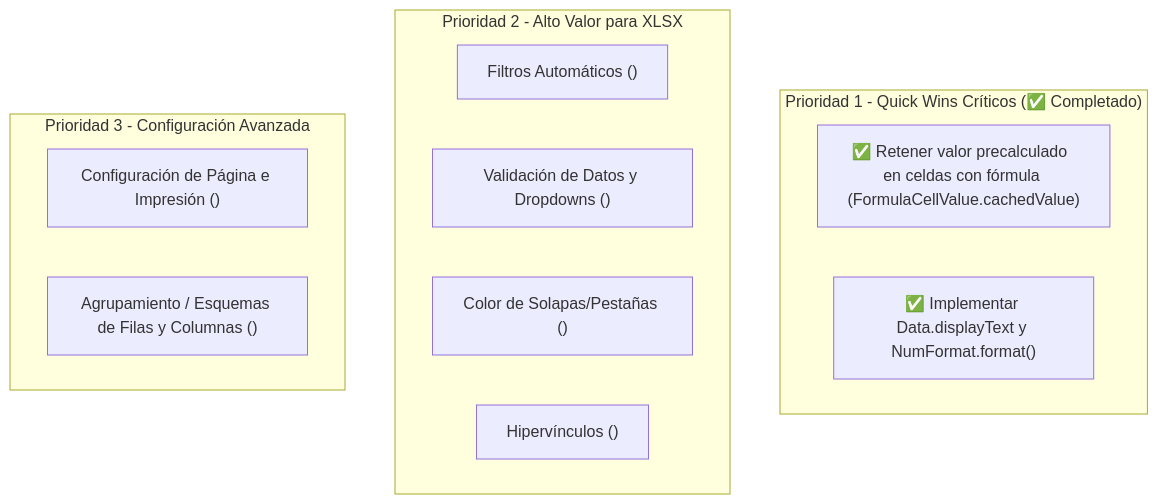
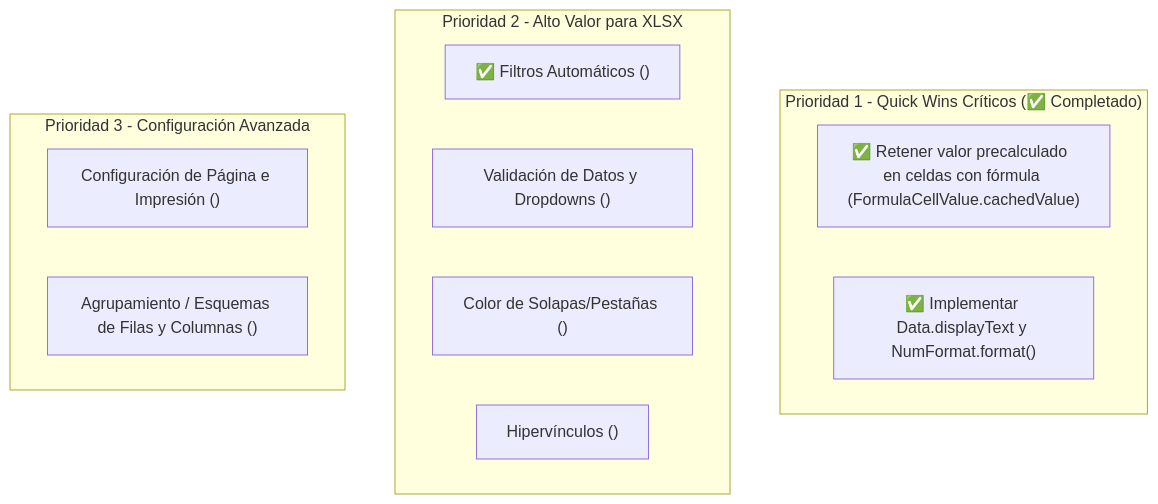
Before and after one commit to DecksPlayer/excel_community: the third of 3 diagrams in COMPARISON_EXCEL_COMMUNITY_VS_EXCEL_PLUS.md, drawn with Mermaid. The commit also changed other lines of this file and 20 other files, not shown here.

Commit message:
feat: add auto-filter support, core library exports, and an interactive Flutter example app

````diff
--- a/COMPARISON_EXCEL_COMMUNITY_VS_EXCEL_PLUS.md
+++ b/COMPARISON_EXCEL_COMMUNITY_VS_EXCEL_PLUS.md
@@ -317,17 +317,17 @@
 ```mermaid
 graph TD
     subgraph "Prioridad 1 - Quick Wins Críticos (✅ Completado)"
         P1A["✅ Retener valor precalculado <v> en celdas con fórmula (FormulaCellValue.cachedValue)"]
         P1B["✅ Implementar Data.displayText y NumFormat.format()"]
     end
     subgraph "Prioridad 2 - Alto Valor para XLSX"
-        P2A["Filtros Automáticos (<autoFilter>)"]
+        P2A["✅ Filtros Automáticos (<autoFilter>)"]
         P2B["Validación de Datos y Dropdowns (<dataValidation>)"]
         P2C["Color de Solapas/Pestañas (<tabColor>)"]
         P2D["Hipervínculos (<hyperlinks>)"]
     end
     subgraph "Prioridad 3 - Configuración Avanzada"
         P3A["Configuración de Página e Impresión (<pageSetup>)"]
         P3B["Agrupamiento / Esquemas de Filas y Columnas (<outlinePr>)"]
     end
 ```
````
